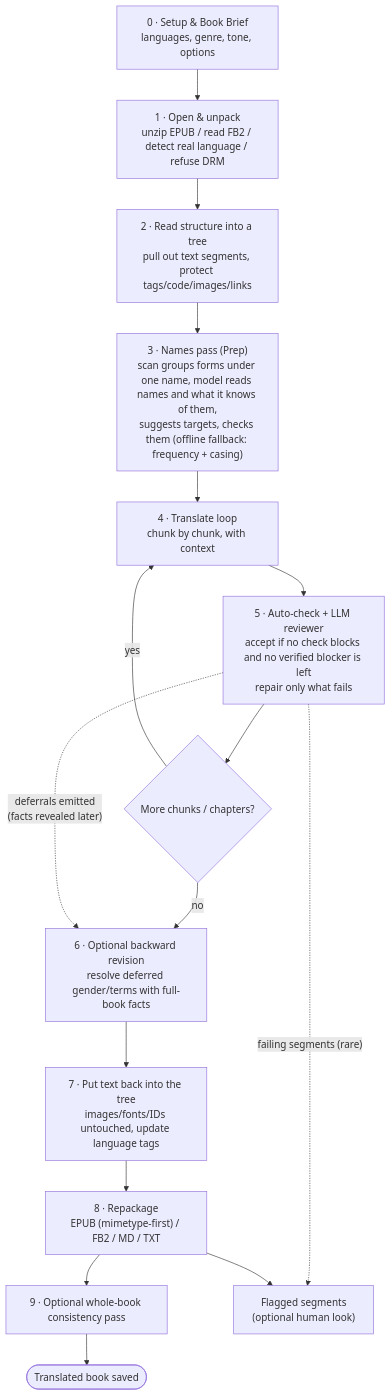
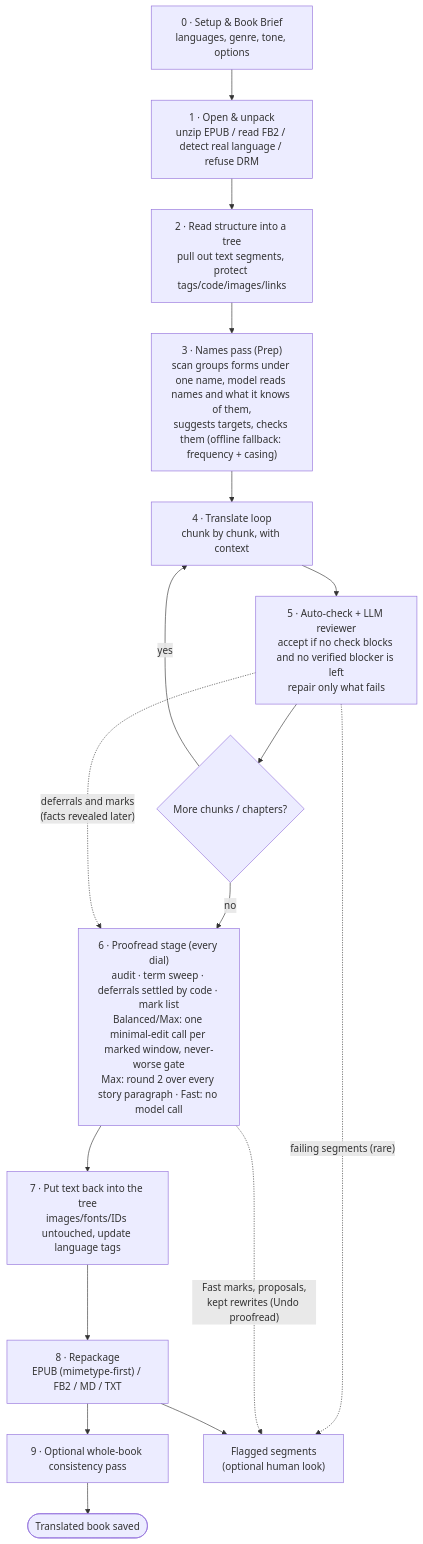
Before and after one commit to sanyokkua/book_loom: the diagram in docs/specification/diagrams/pipeline.mermaid, drawn with Mermaid. The commit also changed 10 other files, not shown here.

Commit message:
docs: the Proofread stage in the specification, glossary, prompt catalog, diagram and AGENTS.md; open items carried forward (13.10)

```diff
--- a/docs/specification/diagrams/pipeline.mermaid
+++ b/docs/specification/diagrams/pipeline.mermaid
@@ -1,17 +1,18 @@
 flowchart TD
     S0["0 · Setup & Book Brief<br/>languages, genre, tone, options"] --> S1
     S1["1 · Open & unpack<br/>unzip EPUB / read FB2 / detect real language / refuse DRM"] --> S2
     S2["2 · Read structure into a tree<br/>pull out text segments, protect tags/code/images/links"] --> S3
     S3["3 · Names pass (Prep)<br/>scan groups forms under one name, model reads names and what it knows of them,<br/>suggests targets, checks them (offline fallback: frequency + casing)"] --> S4
     S4["4 · Translate loop<br/>chunk by chunk, with context"] --> S5
     S5["5 · Auto-check + LLM reviewer<br/>accept if no check blocks and no verified blocker is left<br/>repair only what fails"] --> S6
     S6{"More chunks / chapters?"}
     S6 -- yes --> S4
-    S6 -- no --> BR["6 · Optional backward revision<br/>resolve deferred gender/terms with full-book facts"]
-    BR --> S7["7 · Put text back into the tree<br/>images/fonts/IDs untouched, update language tags"]
+    S6 -- no --> PR["6 · Proofread stage (every dial)<br/>audit · term sweep · deferrals settled by code · mark list<br/>Balanced/Max: one minimal-edit call per marked window, never-worse gate<br/>Max: round 2 over every story paragraph · Fast: no model call"]
+    PR --> S7["7 · Put text back into the tree<br/>images/fonts/IDs untouched, update language tags"]
     S7 --> S8["8 · Repackage<br/>EPUB (mimetype-first) / FB2 / MD / TXT"]
     S8 --> S9["9 · Optional whole-book consistency pass"]
     S9 --> DONE(["Translated book saved"])
     S5 -. " failing segments (rare) " .-> Q["Flagged segments<br/>(optional human look)"]
-    S5 -. " deferrals emitted<br/>(facts revealed later) " .-> BR
+    S5 -. " deferrals and marks<br/>(facts revealed later) " .-> PR
+    PR -. " Fast marks, proposals,<br/>kept rewrites (Undo proofread) " .-> Q
     S8 --> Q
```
